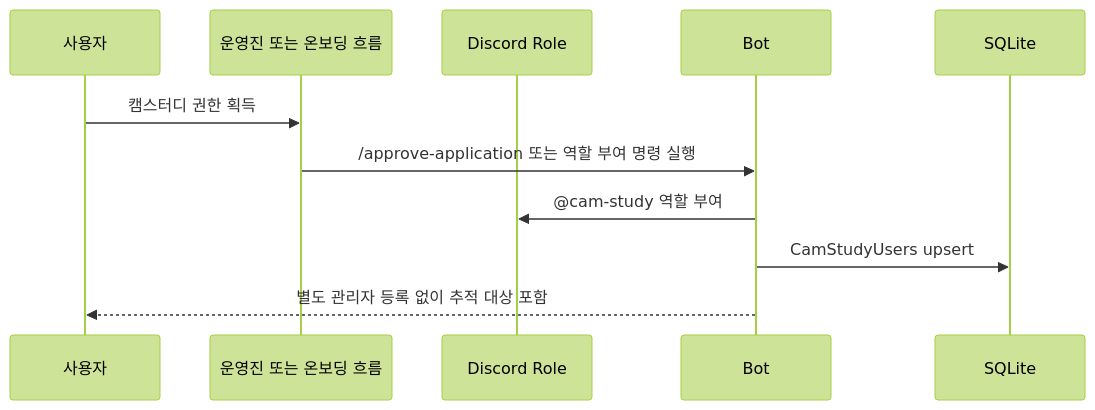
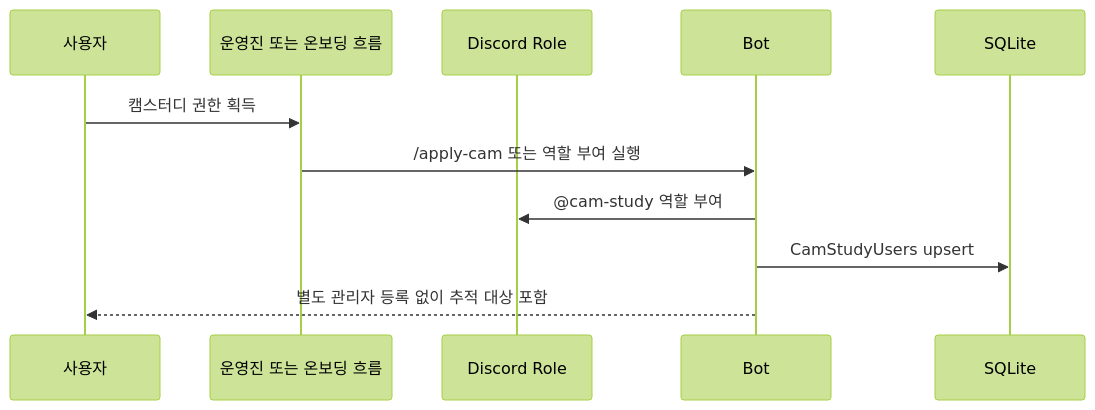
The tenth of 16 diagrams in docs/USER_STORIES.md (honki12345/haruharu-discord-bot), drawn with Mermaid (forest theme) before and after one commit. The commit also changed other lines of this file and 9 other files, not shown here.

````diff
--- a/docs/USER_STORIES.md
+++ b/docs/USER_STORIES.md
@@ -434,14 +422,14 @@
 ```mermaid
 sequenceDiagram
     participant U as 사용자
     participant O as 운영진 또는 온보딩 흐름
     participant D as Discord Role
     participant B as Bot
     participant DB as SQLite
 
     U->>O: 캠스터디 권한 획득
-    O->>B: /approve-application 또는 역할 부여 명령 실행
+    O->>B: /apply-cam 또는 역할 부여 실행
     B->>D: @cam-study 역할 부여
     B->>DB: CamStudyUsers upsert
     B-->>U: 별도 관리자 등록 없이 추적 대상 포함
 ```
````
